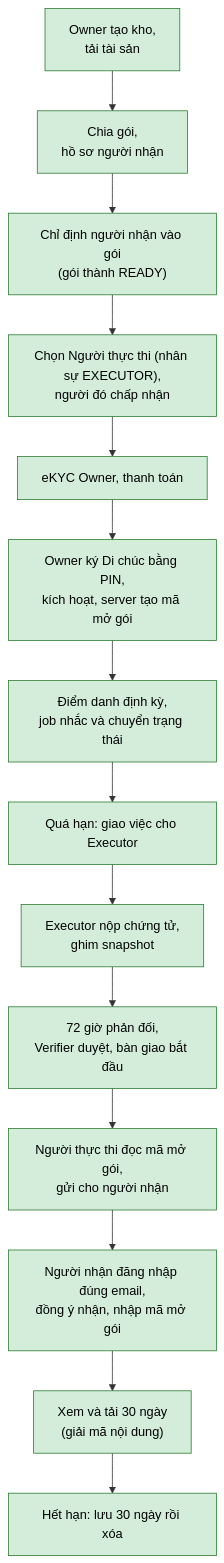
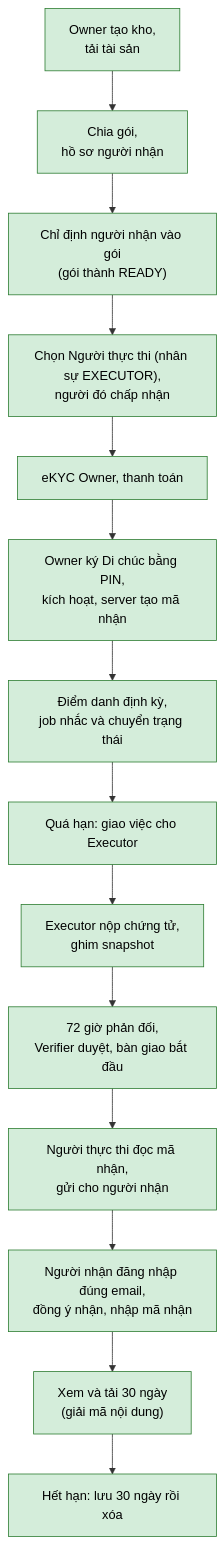
One commit to FPT-SWP391-SE2040-GROUP02/Backend changed the fourth of 4 diagrams in docs/HIEU-DU-AN.md. Above: the diagram before and after it, drawn with Mermaid. The commit also changed other lines of this file and 42 other files, not shown here.

Commit message:
fix(handover): đổi tên mã mở gói thành mã nhận

````diff
--- a/docs/HIEU-DU-AN.md
+++ b/docs/HIEU-DU-AN.md
@@ -189,19 +189,19 @@
 ```mermaid
 flowchart TD
     A["Owner tạo kho,<br/>tải tài sản"]:::done --> B["Chia gói,<br/>hồ sơ người nhận"]:::done
     B --> C["Chỉ định người nhận vào gói<br/>(gói thành READY)"]:::done
     C --> D["Chọn Người thực thi (nhân sự EXECUTOR),<br/>người đó chấp nhận"]:::done
     D --> E["eKYC Owner, thanh toán"]:::done
-    E --> F["Owner ký Di chúc bằng PIN,<br/>kích hoạt, server tạo mã mở gói"]:::done
+    E --> F["Owner ký Di chúc bằng PIN,<br/>kích hoạt, server tạo mã nhận"]:::done
     F --> G["Điểm danh định kỳ,<br/>job nhắc và chuyển trạng thái"]:::done
     G --> H["Quá hạn: giao việc cho Executor"]:::done
     H --> I["Executor nộp chứng tử,<br/>ghim snapshot"]:::done
     I --> J["72 giờ phản đối,<br/>Verifier duyệt, bàn giao bắt đầu"]:::done
-    J --> K["Người thực thi đọc mã mở gói,<br/>gửi cho người nhận"]:::done
-    K --> L["Người nhận đăng nhập đúng email,<br/>đồng ý nhận, nhập mã mở gói"]:::done
+    J --> K["Người thực thi đọc mã nhận,<br/>gửi cho người nhận"]:::done
+    K --> L["Người nhận đăng nhập đúng email,<br/>đồng ý nhận, nhập mã nhận"]:::done
     L --> M["Xem và tải 30 ngày<br/>(giải mã nội dung)"]:::done
     M --> N["Hết hạn: lưu 30 ngày rồi xóa"]:::done
     classDef done fill:#d4edda,stroke:#2e7d32,color:#000
     classDef part fill:#fff3cd,stroke:#b8860b,color:#000
     classDef todo fill:#f8d7da,stroke:#b71c1c,color:#000
 ```
````
